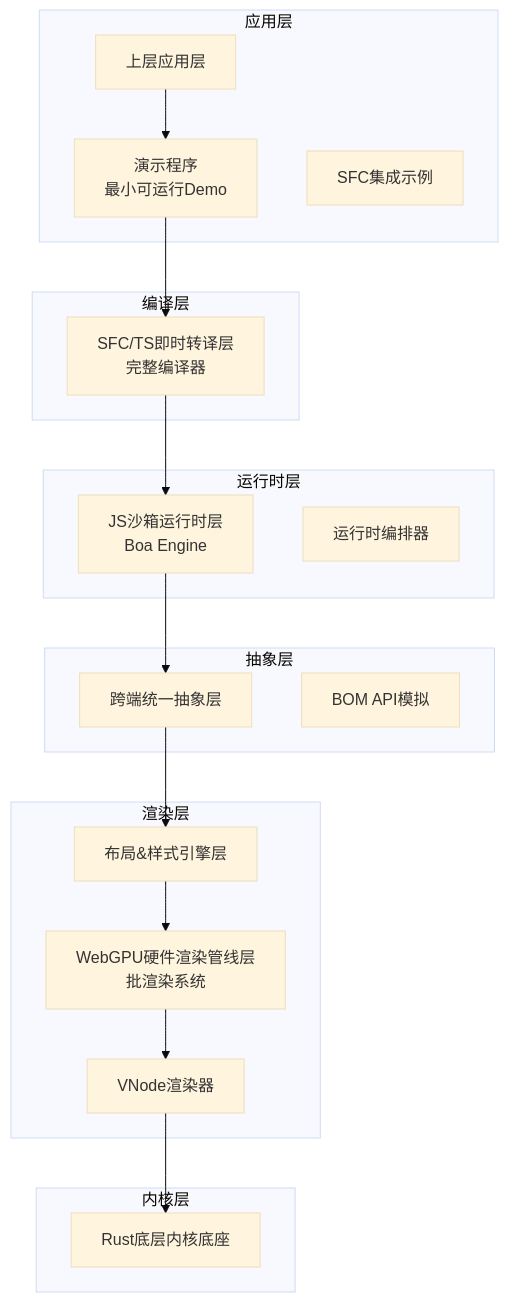
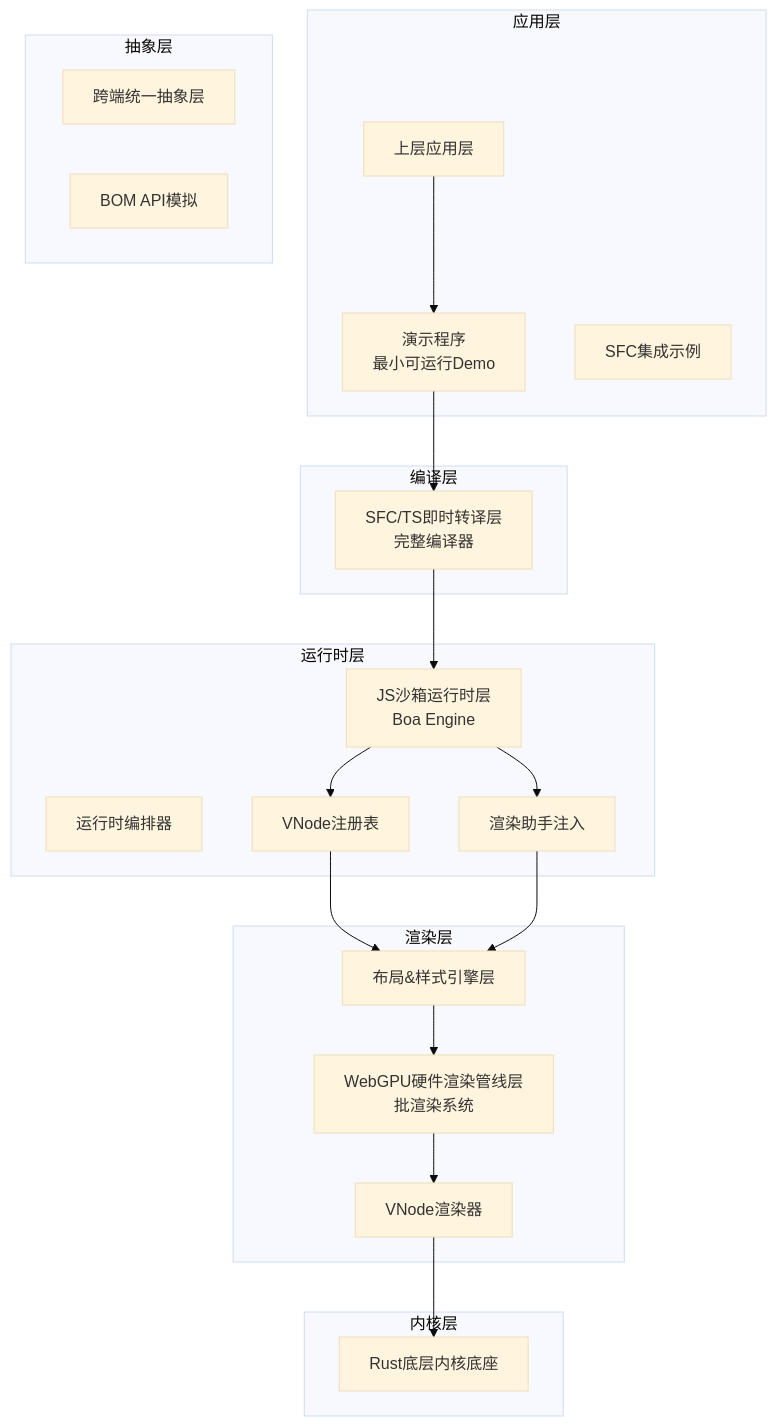
Before and after one commit to itszzl-sudo/iris: the first of 19 diagrams in .qoder/repowiki/zh/content/核心功能特性/完整Vue生态兼容.md, drawn with Mermaid (base theme). The commit also changed other lines of this file and 8 other files, not shown here.

````diff
--- a/.qoder/repowiki/zh/content/核心功能特性/完整Vue生态兼容.md
+++ b/.qoder/repowiki/zh/content/核心功能特性/完整Vue生态兼容.md
@@ -66,36 +69,40 @@
 ```mermaid
 graph TB
 subgraph "应用层"
 App[上层应用层]
 Demo[演示程序<br/>最小可运行Demo]
 SFCIntegration[SFC集成示例]
 end
 subgraph "编译层"
 SFC[SFC/TS即时转译层<br/>完整编译器]
 SFCIntegration[SFC集成示例]
 end
 subgraph "运行时层"
 JS[JS沙箱运行时层<br/>Boa Engine]
 RuntimeOrchestrator[运行时编排器]
+VNodeRegistry[VNode注册表]
+RenderHelpers[渲染助手注入]
 end
 subgraph "抽象层"
 UA[跨端统一抽象层]
 BOM[BOM API模拟]
 end
 subgraph "渲染层"
 Layout[布局&样式引擎层]
 GPU[WebGPU硬件渲染管线层<br/>批渲染系统]
 VNodeRenderer[VNode渲染器]
 end
 subgraph "内核层"
 Kernel[Rust底层内核底座]
 end
 App --> Demo
 Demo --> SFC
 SFC --> JS
-JS --> UA
-UA --> Layout
+JS --> VNodeRegistry
+JS --> RenderHelpers
+VNodeRegistry --> Layout
+RenderHelpers --> Layout
 Layout --> GPU
 GPU --> VNodeRenderer
 VNodeRenderer --> Kernel
 ```
````
